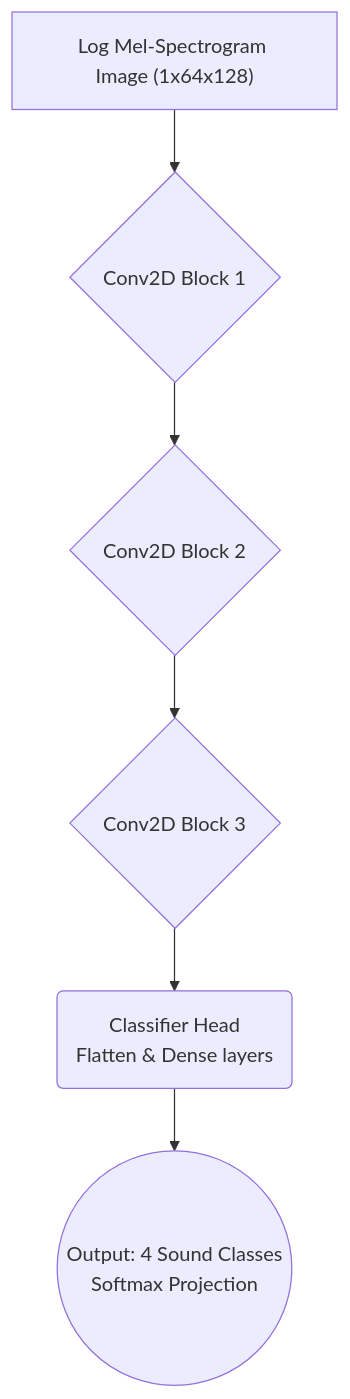
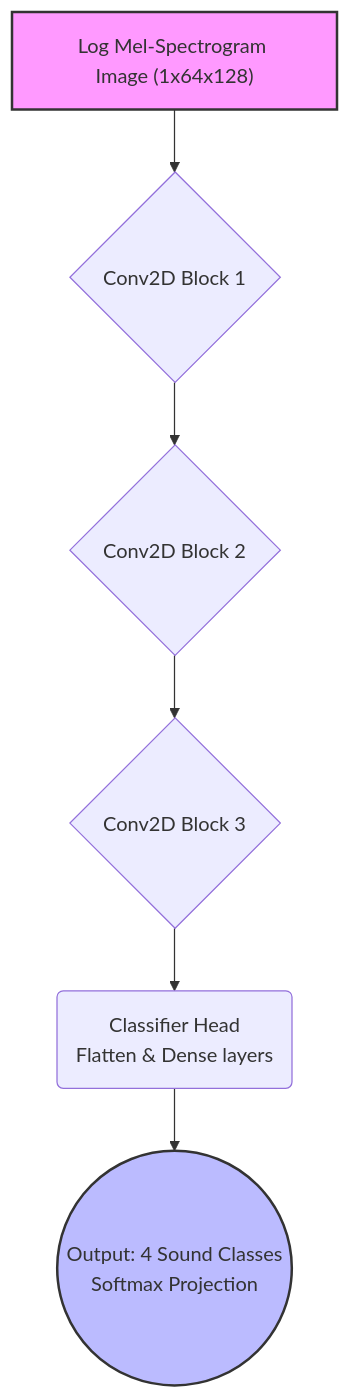
Before and after one commit to starrdye/beatbox-classfication: the third of 3 diagrams in README.md, drawn with Mermaid. The commit also changed other lines of this file, not shown here.

Commit message:
docs: Format README poster sections and convert accuracy pie chart to bar chart

````diff
--- a/README.md
+++ b/README.md
@@ -64,8 +77,11 @@
 ```mermaid
 graph TD
     A["Log Mel-Spectrogram Image (1x64x128)"] --> B{"Conv2D Block 1"}
     B --> C{"Conv2D Block 2"}
     C --> D{"Conv2D Block 3"}
     D --> E("Classifier Head<br>Flatten & Dense layers")
     E --> F(("Output: 4 Sound Classes<br>Softmax Projection"))
+    
+    style A fill:#f9f,stroke:#333,stroke-width:2px
+    style F fill:#bbf,stroke:#333,stroke-width:2px
 ```
````
